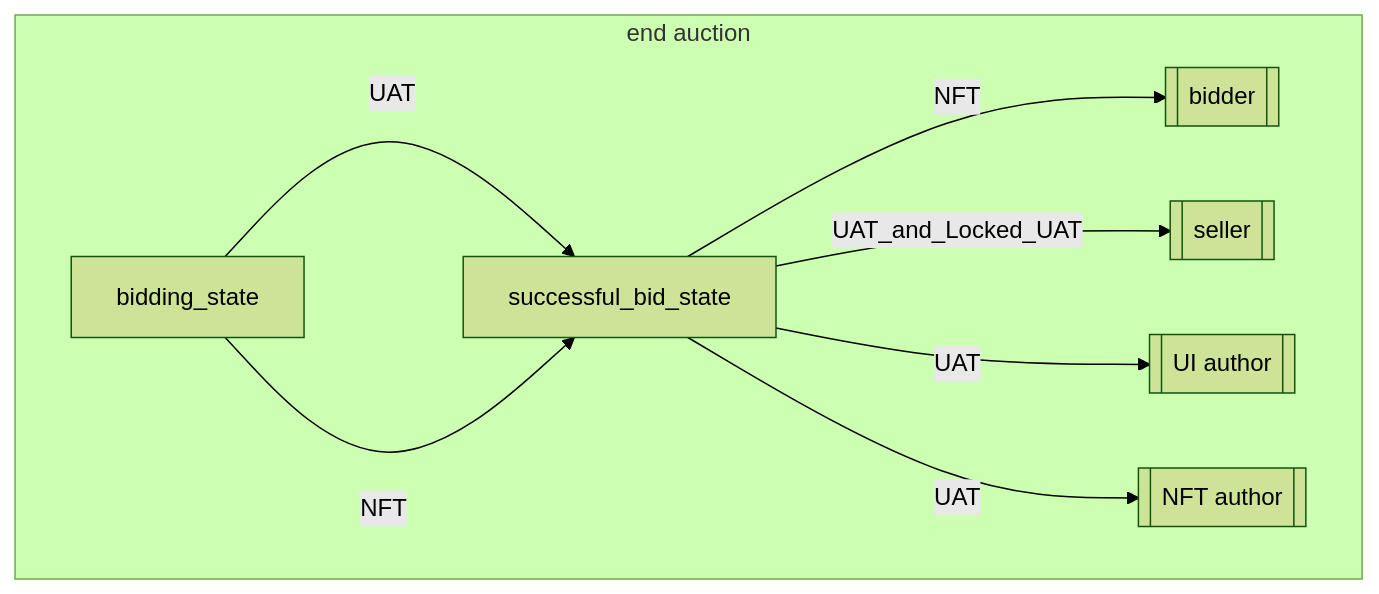
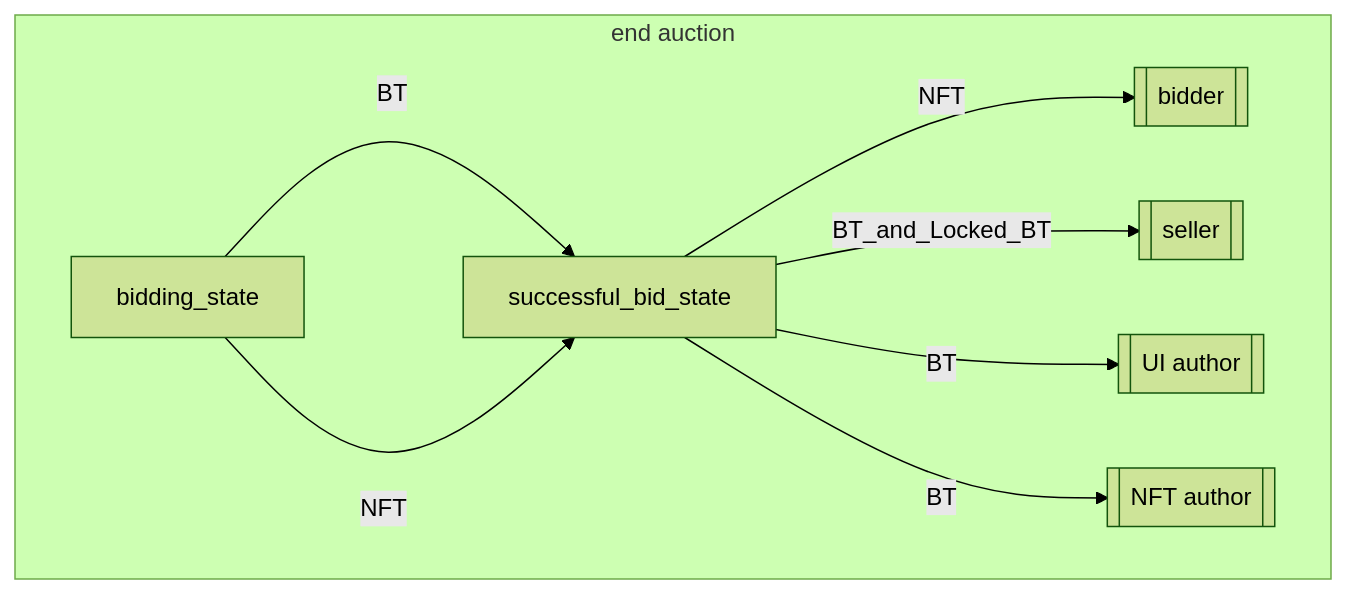
Before and after one commit to UnUniFi/chain: the seventh of 7 diagrams in x/nftmarket/spec/03_auction_state.md, drawn with Mermaid (forest theme). The commit also changed other lines of this file, not shown here.

Commit message:
feat: change token unit uat to bt

````diff
--- a/x/nftmarket/spec/03_auction_state.md
+++ b/x/nftmarket/spec/03_auction_state.md
@@ -146,17 +146,17 @@
 ```mermaid
 flowchart TD
 
 subgraph end auction
 	bidder3[[bidder]]
 	seller3[[seller]]
 	NFT_author[[NFT author]]
 	UI_author[[UI author]]
 	bidding_state3[bidding_state]
-	bidding_state3  --UAT--> successful_bid_state
+	bidding_state3  --BT--> successful_bid_state
 	bidding_state3  --NFT--> successful_bid_state
-	successful_bid_state  --UAT_and_Locked_UAT--> seller3
-  successful_bid_state  --UAT--> UI_author
-	successful_bid_state  --UAT--> NFT_author
+	successful_bid_state  --BT_and_Locked_BT--> seller3
+  successful_bid_state  --BT--> UI_author
+	successful_bid_state  --BT--> NFT_author
 	successful_bid_state  --NFT--> bidder3
 end
 ```
````
